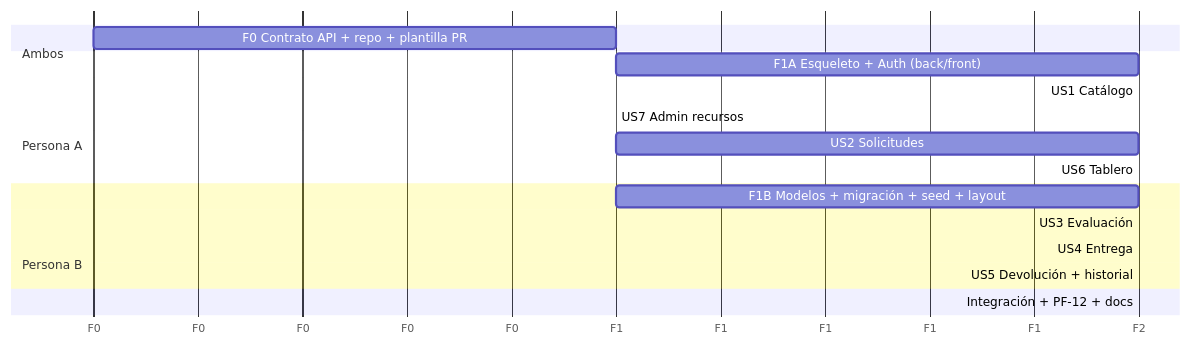
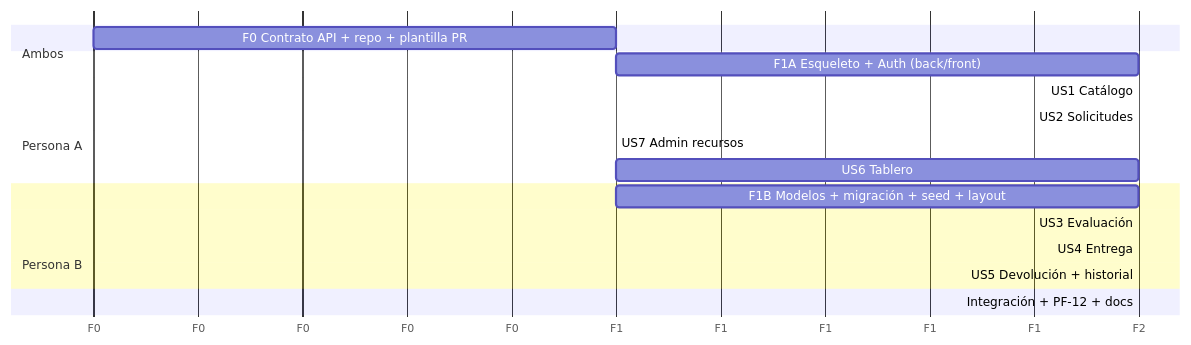
Before and after one commit to SantiagoSo2425/prestamos-equipos-recursos: the diagram in specs/001-prestamos-equipos/plan.md, drawn with Mermaid. The commit also changed other lines of this file and 1 other file, not shown here.

````diff
--- a/specs/001-prestamos-equipos/plan.md
+++ b/specs/001-prestamos-equipos/plan.md
@@ -147,20 +147,20 @@
 ```mermaid
 gantt
     dateFormat  X
     axisFormat  F%s
     section Ambos
     F0 Contrato API + repo + plantilla PR      :f0, 0, 1
     section Persona A
     F1A Esqueleto + Auth (back/front)           :a1, after f0, 2
     US1 Catálogo                                :a2, after a1, 2
-    US7 Admin recursos                          :a3, after a2, 1
-    US2 Solicitudes                             :a4, after a3, 2
+    US2 Solicitudes                             :a3, after a2, 2
+    US7 Admin recursos                          :a4, after a3, 1
     US6 Tablero                                 :a5, after a4, 2
     section Persona B
     F1B Modelos + migración + seed + layout     :b1, after f0, 2
     US3 Evaluación                              :b2, after b1, 2
     US4 Entrega                                 :b3, after b2, 2
     US5 Devolución + historial                  :b4, after b3, 2
     section Ambos
     Integración + PF-12 + docs                  :z, after a5, 2
 ```
````
